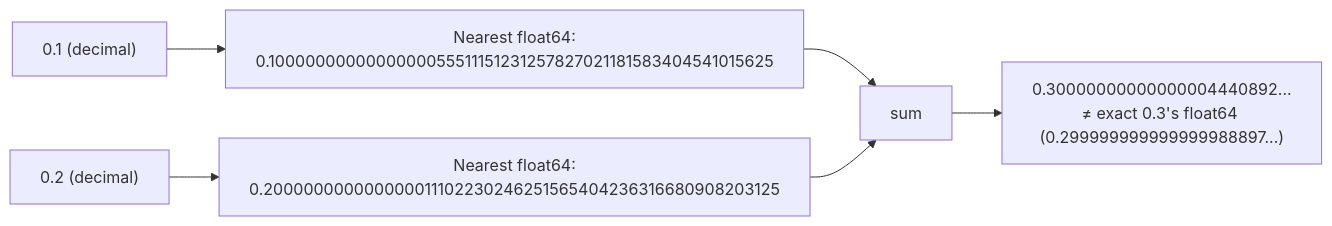
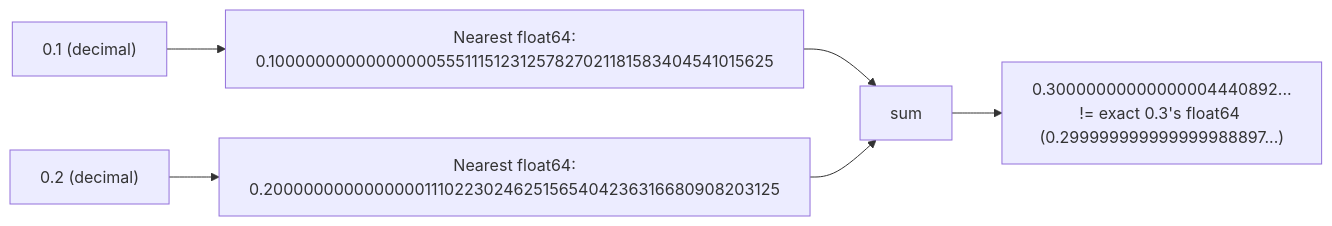
The second of 5 diagrams in 01 CS Fundamentals/Number Representation and Text Encoding.md (PriyanshuMidha/System_Design_notes), drawn with Mermaid before and after one commit. The commit also changed other lines of this file and 215 other files, not shown here.

````diff
--- a/01 CS Fundamentals/Number Representation and Text Encoding.md
+++ b/01 CS Fundamentals/Number Representation and Text Encoding.md
@@ -64,8 +77,8 @@
 ```mermaid
 flowchart LR
     A["0.1 (decimal)"] --> B["Nearest float64:<br/>0.1000000000000000055511151231257827021181583404541015625"]
     C["0.2 (decimal)"] --> D["Nearest float64:<br/>0.200000000000000011102230246251565404236316680908203125"]
     B --> E["sum"]
     D --> E
-    E --> F["0.30000000000000004440892...<br/>≠ exact 0.3's float64 (0.299999999999999988897...)"]
+    E --> F["0.30000000000000004440892...<br/>!= exact 0.3's float64 (0.299999999999999988897...)"]
 ```
````
